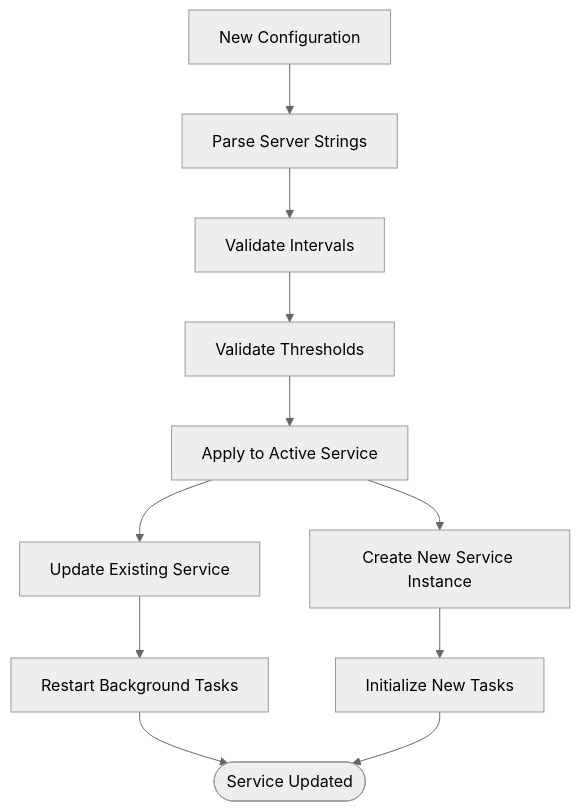
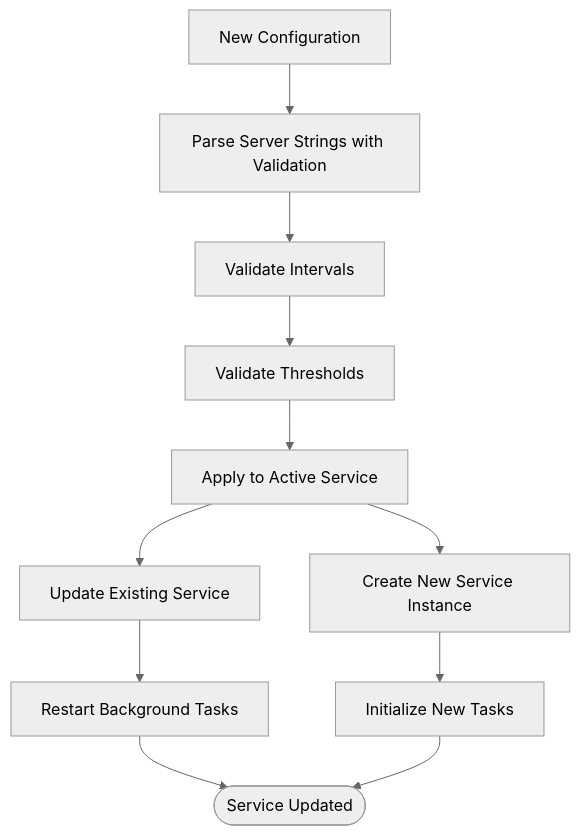
One commit to VIZ-Blockchain/viz-cpp-node changed the ninth of 9 diagrams in .qoder/repowiki/en/content/Core Libraries/NTP Synchronization System.md. Above: the diagram before and after it, drawn with Mermaid (neutral theme). The commit also changed other lines of this file and 6 other files, not shown here.

````diff
--- a/.qoder/repowiki/en/content/Core Libraries/NTP Synchronization System.md
+++ b/.qoder/repowiki/en/content/Core Libraries/NTP Synchronization System.md
@@ -343,13 +392,13 @@
 ```mermaid
 flowchart TD
-Config[New Configuration] --> ParseServers["Parse Server Strings"]
+Config[New Configuration] --> ParseServers["Parse Server Strings with Validation"]
 ParseServers --> ValidateIntervals["Validate Intervals"]
 ValidateIntervals --> ValidateThresholds["Validate Thresholds"]
 ValidateThresholds --> ApplyToService["Apply to Active Service"]
 ApplyToService --> UpdateExisting["Update Existing Service"]
 ApplyToService --> CreateNew["Create New Service Instance"]
 UpdateExisting --> RestartTasks["Restart Background Tasks"]
 CreateNew --> InitializeTasks["Initialize New Tasks"]
 RestartTasks --> ServiceReady([Service Updated])
 InitializeTasks --> ServiceReady
 ```
````
